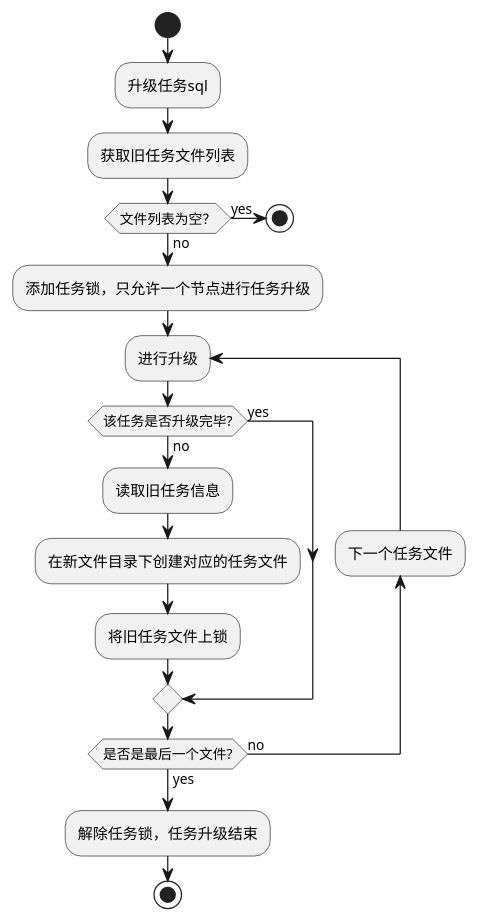
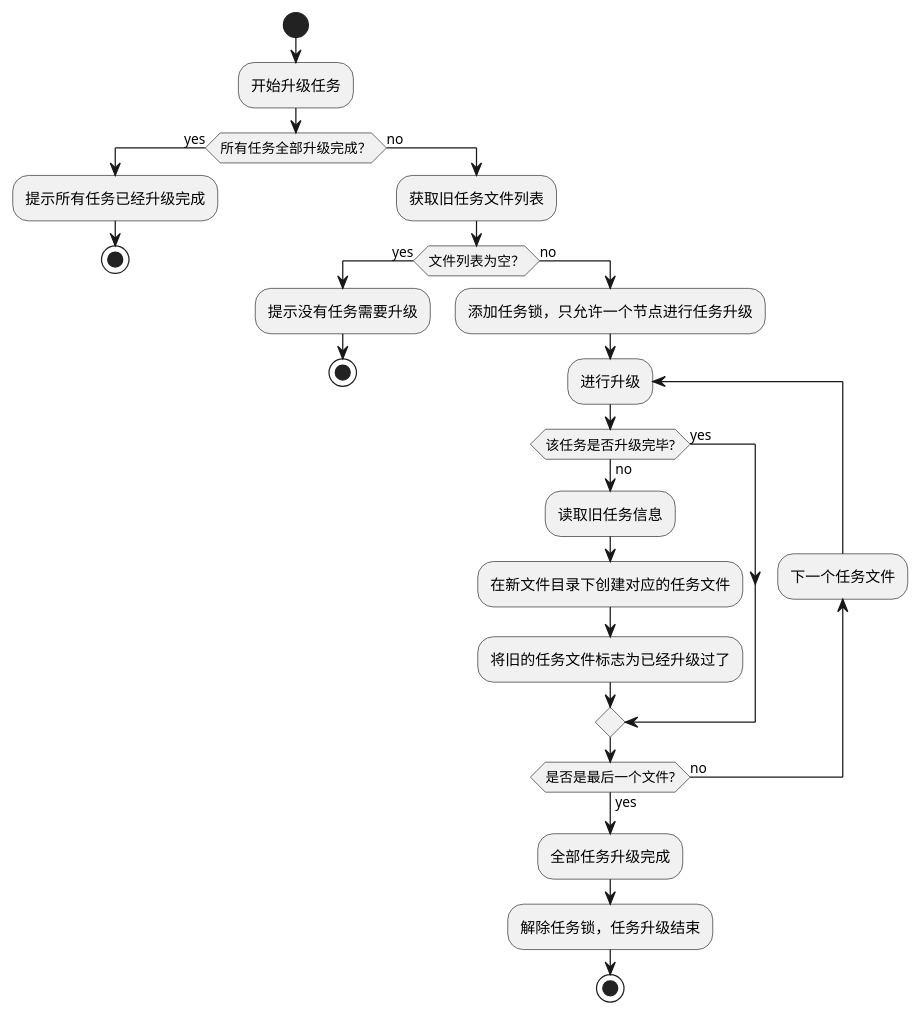
Before and after one commit to HarpsealCC/note: the fifth of 10 diagrams in 东方国信工作资料/compaction/Compaction任务升级方案.md, drawn with PlantUML. The commit also changed other lines of this file and 1 other file, not shown here.

````diff
--- a/东方国信工作资料/compaction/Compaction任务升级方案.md
+++ b/东方国信工作资料/compaction/Compaction任务升级方案.md
@@ -75,26 +120,30 @@
 ```plantuml
 @startuml
 
 start
-:升级任务sql;
-
-:获取旧任务文件列表;
-if(文件列表为空？) then (yes)
+:开始升级任务;
+if(所有任务全部升级完成？) then(yes)
+:提示所有任务已经升级完成;
 stop
 else (no)
-	:添加任务锁，只允许一个节点进行任务升级;
-	repeat:进行升级 
-		if (该任务是否升级完毕?) then (yes)
-		else (no)
-			:读取旧任务信息;
-			:在新文件目录下创建对应的任务文件;
-			:将旧任务文件上锁;
-		endif
-		backward:下一个任务文件;
-	repeat while (是否是最后一个文件?)is(no) not(yes)
-
-:解除任务锁，任务升级结束;
-stop
+    :获取旧任务文件列表;
+    if(文件列表为空？) then (yes)
+    :提示没有任务需要升级;
+    stop
+    else (no)
+        :添加任务锁，只允许一个节点进行任务升级;
+        repeat:进行升级 
+            if (该任务是否升级完毕?) then (yes)
+            else (no)
+                :读取旧任务信息;
+                :在新文件目录下创建对应的任务文件;
+                :将旧的任务文件标志为已经升级过了;
+            endif
+            backward:下一个任务文件;
+        repeat while (是否是最后一个文件?)is(no) not(yes)
+    :全部任务升级完成;
+    :解除任务锁，任务升级结束;
+    stop
 
 @enduml
 ```
````
